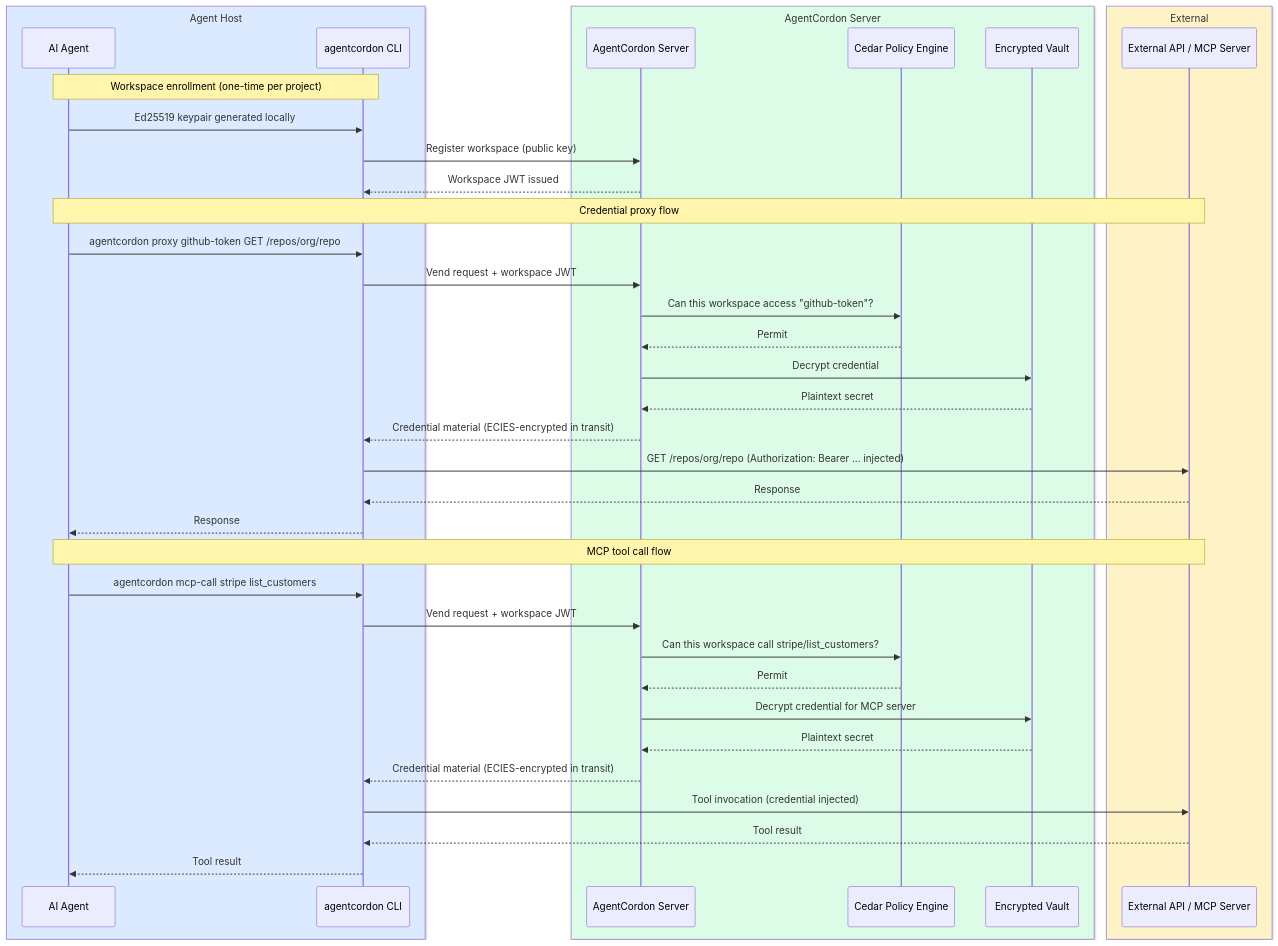
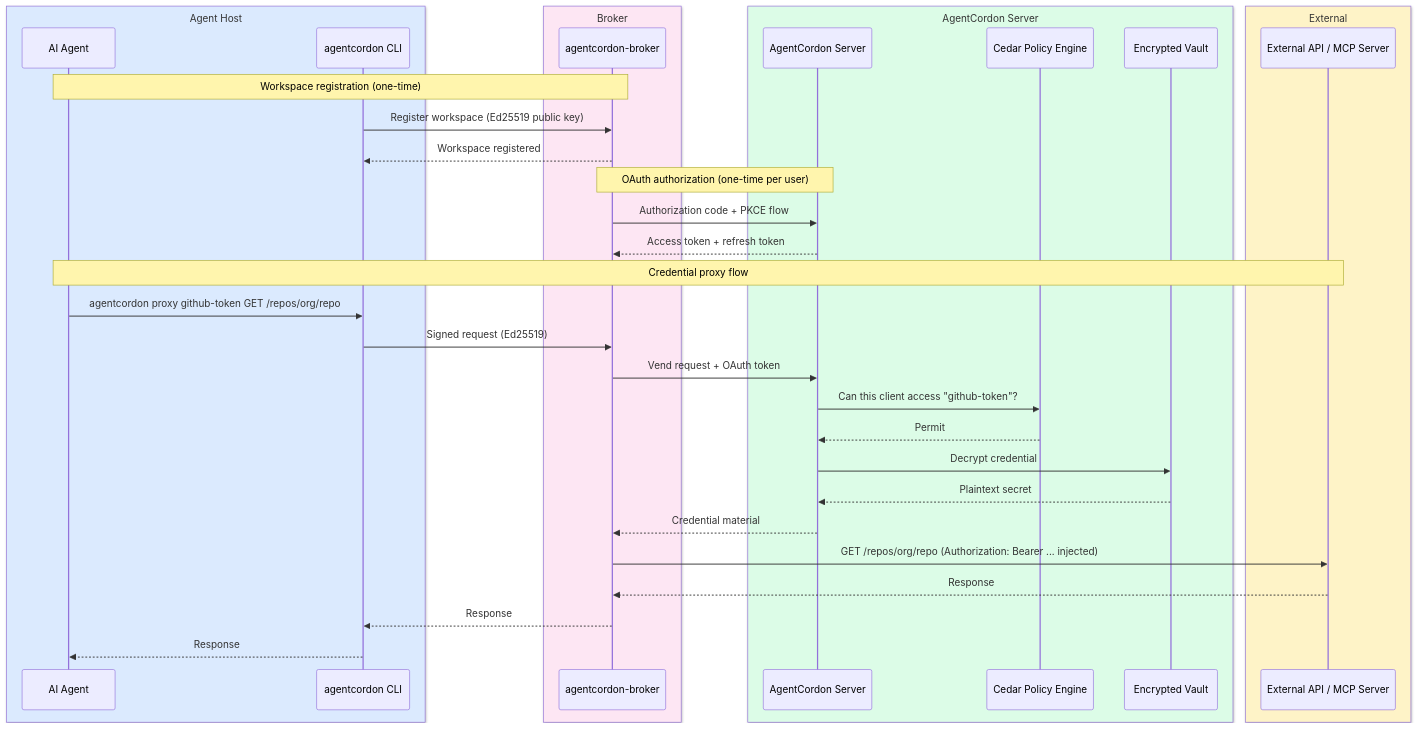
One commit to agentcordon/agentcordon changed the diagram in README.md. Above: the diagram before and after it, drawn with Mermaid. The commit also changed other lines of this file and 161 other files, not shown here.

First line of the commit message:
feat: OAuth Broker Architecture

````diff
--- a/README.md
+++ b/README.md
@@ -30,44 +31,40 @@
 ```mermaid
 sequenceDiagram
     box rgb(219,234,254) Agent Host
     participant Agent as AI Agent
-    participant GW as agentcordon CLI
+    participant CLI as agentcordon CLI
+    end
+    box rgb(253,230,243) Broker
+    participant Broker as agentcordon-broker
     end
     box rgb(220,252,231) AgentCordon Server
     participant Srv as AgentCordon Server
     participant Cedar as Cedar Policy Engine
     participant Vault as Encrypted Vault
     end
     box rgb(254,243,199) External
     participant Ext as External API / MCP Server
     end
 
-    Note over Agent,GW: Workspace enrollment (one-time per project)
-    Agent->>GW: Ed25519 keypair generated locally
-    GW->>Srv: Register workspace (public key)
-    Srv-->>GW: Workspace JWT issued
+    Note over Agent,Broker: Workspace registration (one-time)
+    CLI->>Broker: Register workspace (Ed25519 public key)
+    Broker-->>CLI: Workspace registered
+
+    Note over Broker,Srv: OAuth authorization (one-time per user)
+    Broker->>Srv: Authorization code + PKCE flow
+    Srv-->>Broker: Access token + refresh token
 
     Note over Agent,Ext: Credential proxy flow
-    Agent->>GW: agentcordon proxy github-token GET /repos/org/repo
-    GW->>Srv: Vend request + workspace JWT
-    Srv->>Cedar: Can this workspace access "github-token"?
+    Agent->>CLI: agentcordon proxy github-token GET /repos/org/repo
+    CLI->>Broker: Signed request (Ed25519)
+    Broker->>Srv: Vend request + OAuth token
+    Srv->>Cedar: Can this client access "github-token"?
     Cedar-->>Srv: Permit
     Srv->>Vault: Decrypt credential
     Vault-->>Srv: Plaintext secret
-    Srv-->>GW: Credential material (ECIES-encrypted in transit)
-    GW->>Ext: GET /repos/org/repo (Authorization: Bearer ... injected)
-    Ext-->>GW: Response
-    GW-->>Agent: Response
-
-    Note over Agent,Ext: MCP tool call flow
-    Agent->>GW: agentcordon mcp-call stripe list_customers
-    GW->>Srv: Vend request + workspace JWT
-    Srv->>Cedar: Can this workspace call stripe/list_customers?
-    Cedar-->>Srv: Permit
-    Srv->>Vault: Decrypt credential for MCP server
-    Vault-->>Srv: Plaintext secret
-    Srv-->>GW: Credential material (ECIES-encrypted in transit)
-    GW->>Ext: Tool invocation (credential injected)
-    Ext-->>GW: Tool result
-    GW-->>Agent: Tool result
+    Srv-->>Broker: Credential material
+    Broker->>Ext: GET /repos/org/repo (Authorization: Bearer ... injected)
+    Ext-->>Broker: Response
+    Broker-->>CLI: Response
+    CLI-->>Agent: Response
 ```
````
